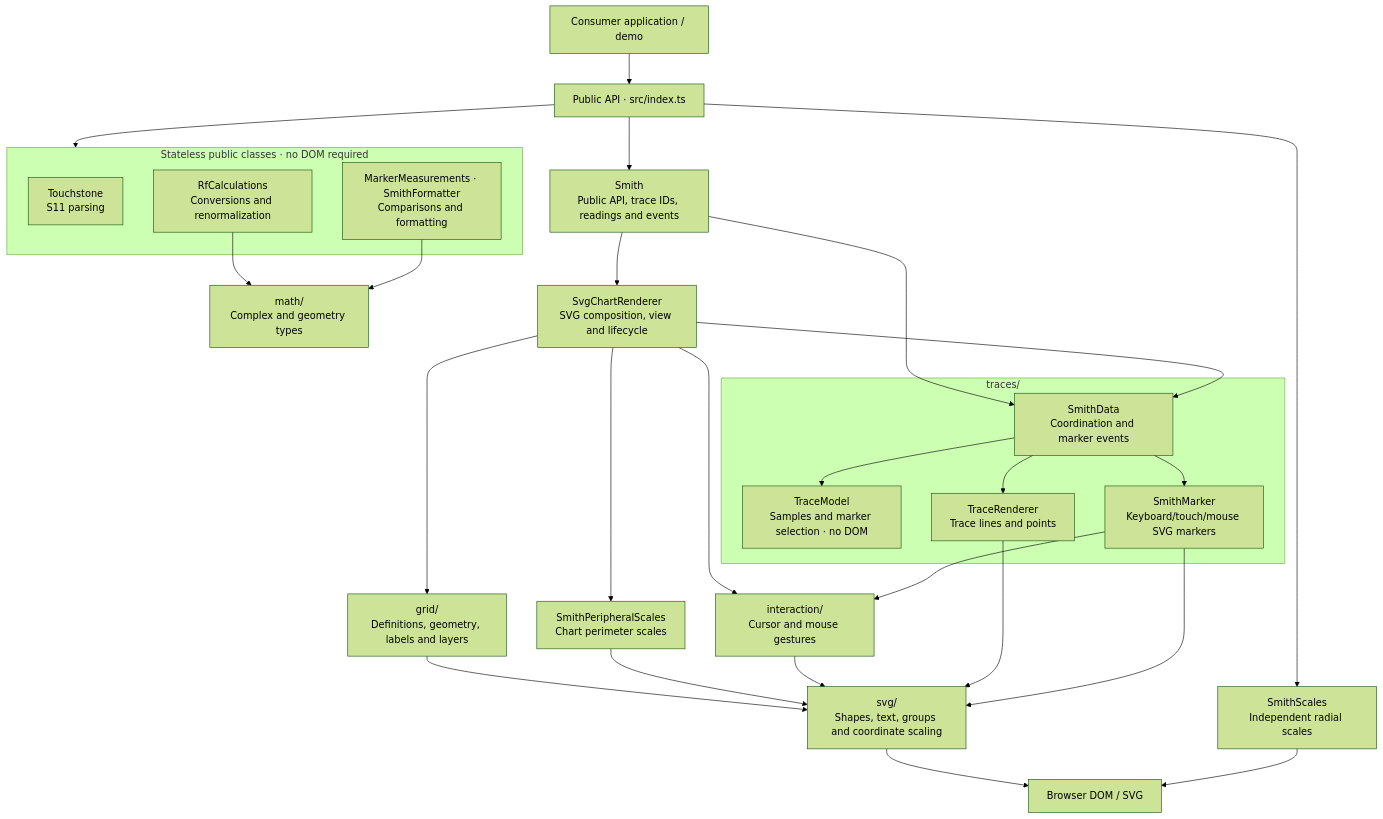
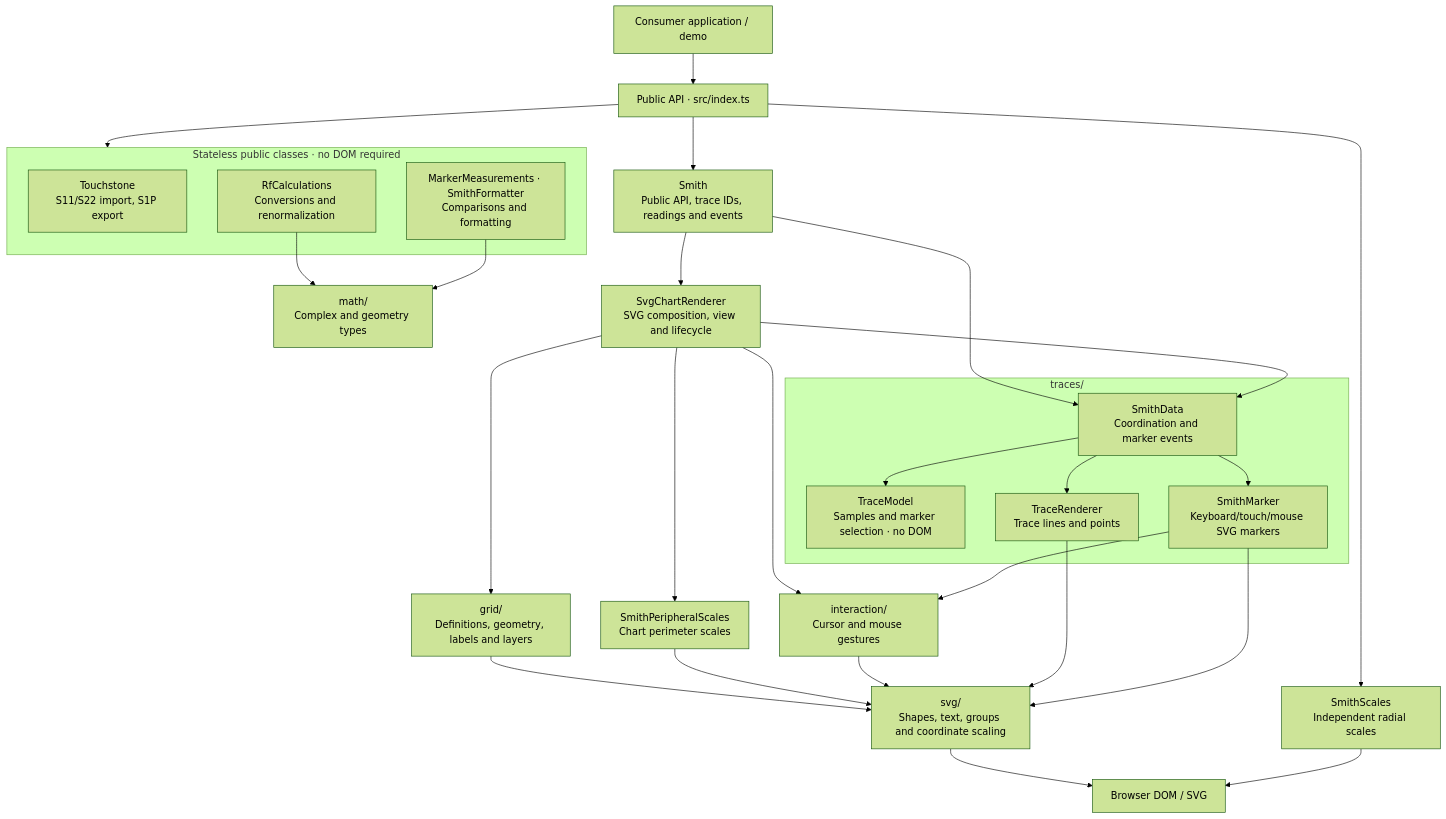
The diagram in docs/architecture.md (rosek86/smith-chart), drawn with Mermaid (forest theme) before and after one commit. The commit also changed 25 other files, not shown here.

First line of the commit message:
Add two-port Touchstone reflection import and one-port export (#47)

````diff
--- a/docs/architecture.md
+++ b/docs/architecture.md
@@ -7,45 +7,45 @@
 ```mermaid
 flowchart TB
     App["Consumer application / demo"] --> API["Public API · src/index.ts"]
 
     API --> Smith["Smith<br/>Public API, trace IDs, readings and events"]
     API --> Scales["SmithScales<br/>Independent radial scales"]
     API --> Utilities
 
     subgraph Utilities["Stateless public classes · no DOM required"]
-        Touchstone["Touchstone<br/>S11 parsing"]
+        Touchstone["Touchstone<br/>S11/S22 import, S1P export"]
         RF["RfCalculations<br/>Conversions and renormalization"]
         Helpers["MarkerMeasurements · SmithFormatter<br/>Comparisons and formatting"]
     end
 
     RF --> Math["math/<br/>Complex and geometry types"]
     Helpers --> Math
 
     Smith --> ChartRenderer["SvgChartRenderer<br/>SVG composition, view and lifecycle"]
     ChartRenderer --> Grid["grid/<br/>Definitions, geometry, labels and layers"]
     ChartRenderer --> Peripheral["SmithPeripheralScales<br/>Chart perimeter scales"]
     ChartRenderer --> Interaction["interaction/<br/>Cursor and mouse gestures"]
     Smith --> Data
     ChartRenderer --> Data
 
     subgraph Traces["traces/"]
         Data["SmithData<br/>Coordination and marker events"]
         Model["TraceModel<br/>Samples and marker selection · no DOM"]
         Renderer["TraceRenderer<br/>Trace lines and points"]
         Marker["SmithMarker<br/>Keyboard/touch/mouse SVG markers"]
 
         Data --> Model
         Data --> Renderer
         Data --> Marker
     end
 
     Grid --> SVG["svg/<br/>Shapes, text, groups and coordinate scaling"]
     Peripheral --> SVG
     Interaction --> SVG
     Renderer --> SVG
     Marker --> SVG
     Marker --> Interaction
 
     SVG --> DOM["Browser DOM / SVG"]
     Scales --> DOM
 ```
````
